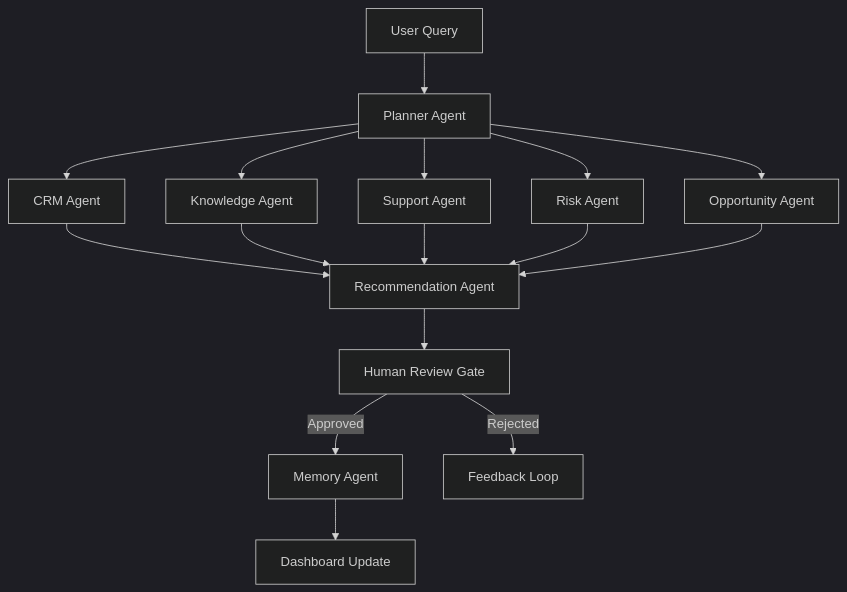
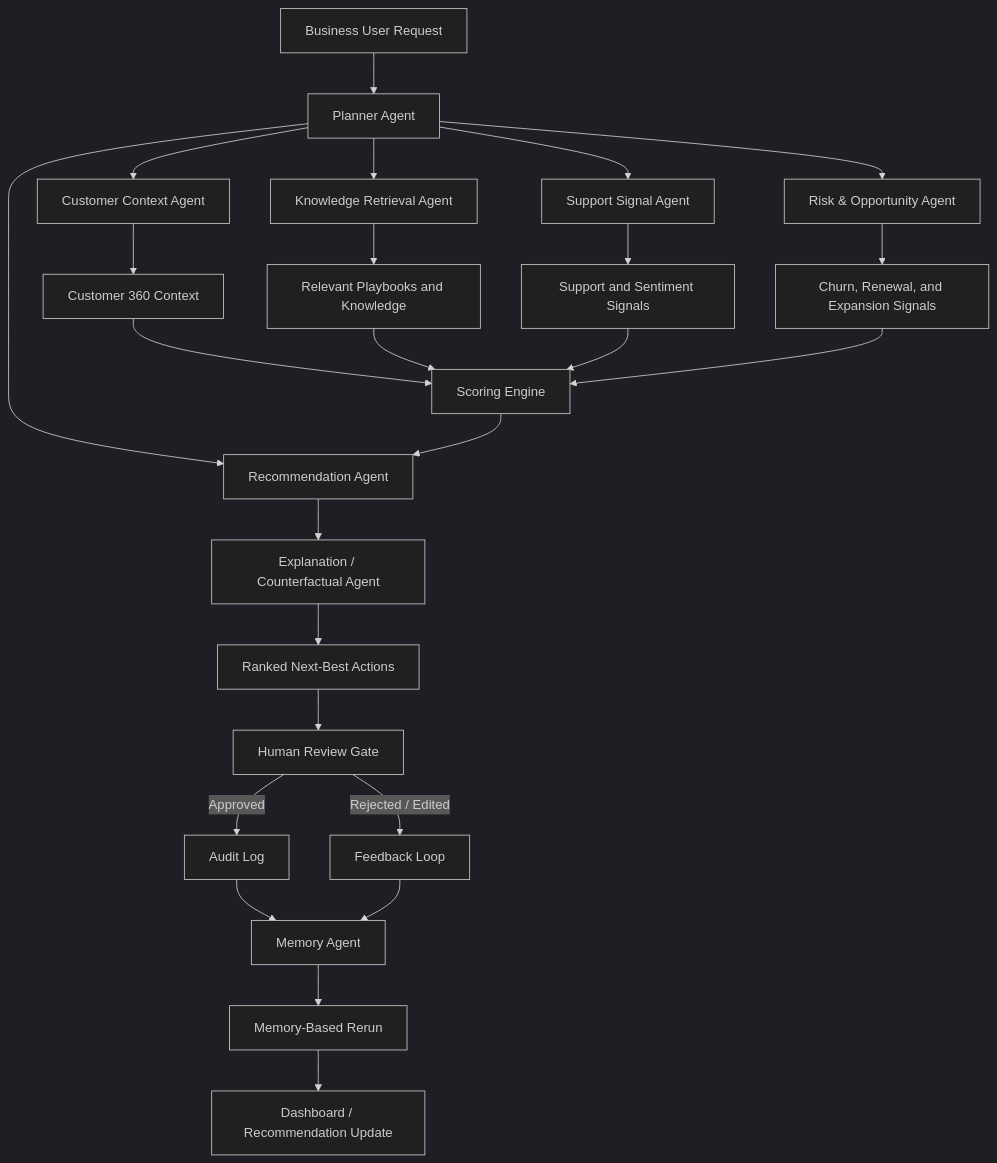
One commit to abhignareddie/AI-Sales-Copilot changed the diagram in README.md. Above: the diagram before and after it, drawn with Mermaid (dark theme). The commit also changed other lines of this file, not shown here.

````diff
--- a/README.md
+++ b/README.md
@@ -76,18 +65,35 @@
 ```mermaid
 graph TD
-    A[User Query] --> B[Planner Agent]
-    B --> C[CRM Agent]
-    B --> D[Knowledge Agent]
-    B --> E[Support Agent]
-    B --> F[Risk Agent]
-    B --> G[Opportunity Agent]
-    C --> H[Recommendation Agent]
-    D --> H
-    E --> H
-    F --> H
-    G --> H
-    H --> I[Human Review Gate]
-    I -->|Approved| J[Memory Agent]
-    I -->|Rejected| K[Feedback Loop]
-    J --> L[Dashboard Update]
+    A[Business User Request] --> B[Planner Agent]
+
+    B --> C[Customer Context Agent]
+    B --> D[Knowledge Retrieval Agent]
+    B --> E[Support Signal Agent]
+    B --> F[Risk & Opportunity Agent]
+    B --> G[Recommendation Agent]
+
+    C --> H[Customer 360 Context]
+    D --> I[Relevant Playbooks and Knowledge]
+    E --> J[Support and Sentiment Signals]
+    F --> K[Churn, Renewal, and Expansion Signals]
+
+    H --> L[Scoring Engine]
+    I --> L
+    J --> L
+    K --> L
+
+    L --> G
+    G --> M[Explanation / Counterfactual Agent]
+
+    M --> N[Ranked Next-Best Actions]
+    N --> O[Human Review Gate]
+
+    O -->|Approved| P[Audit Log]
+    O -->|Rejected / Edited| Q[Feedback Loop]
+
+    P --> R[Memory Agent]
+    Q --> R
+
+    R --> S[Memory-Based Rerun]
+    S --> T[Dashboard / Recommendation Update]
 ```
````
